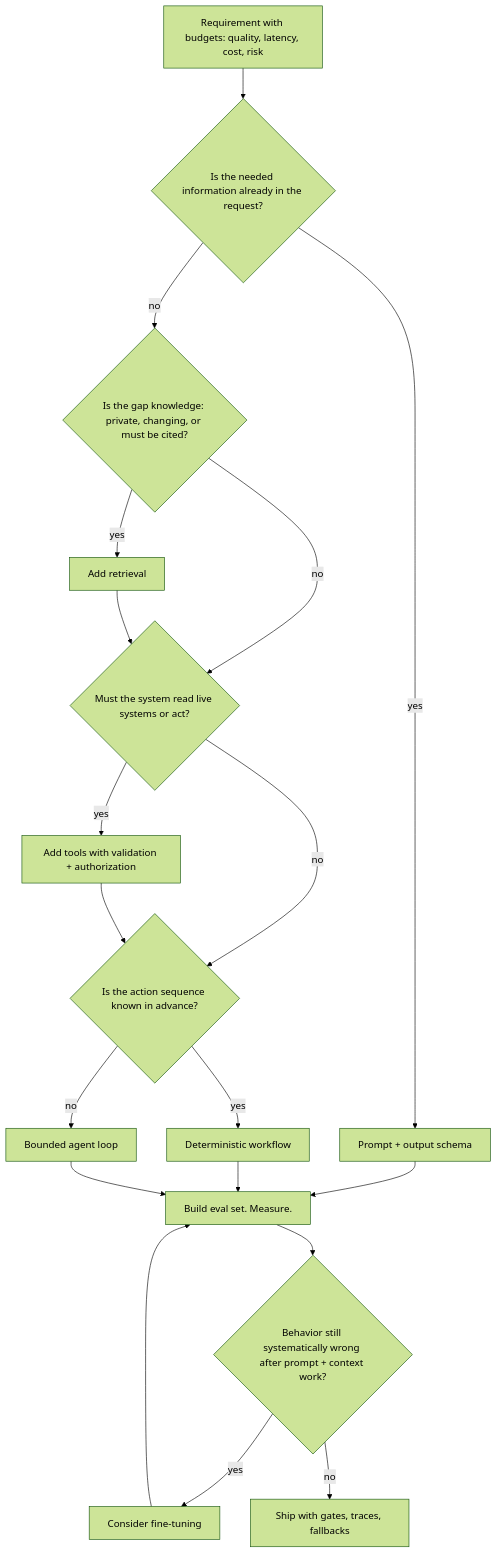
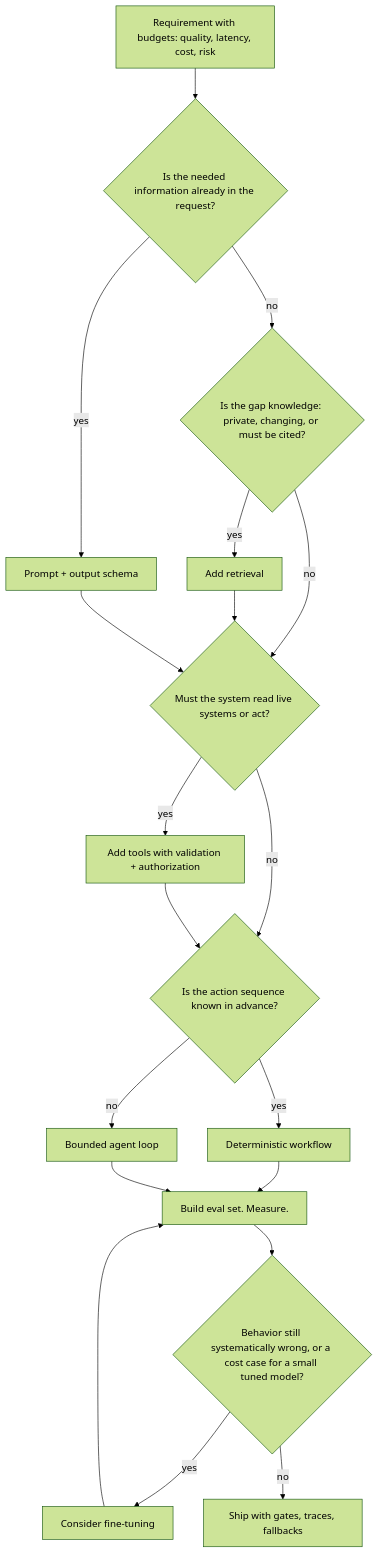
One commit to XayyamSadigov/ai-engineering-book changed the second of 2 diagrams in book/chapters/01-what-ai-engineering-is.md. Above: the diagram before and after it, drawn with Mermaid (forest theme). The commit also changed other lines of this file and 1 other file, not shown here.

First line of the commit message:
Edit Chapter 1 for clarity and teaching flow

````diff
--- a/book/chapters/01-what-ai-engineering-is.md
+++ b/book/chapters/01-what-ai-engineering-is.md
@@ -172,21 +192,21 @@
 ```mermaid
 flowchart TD
     S["Requirement with budgets: quality, latency, cost, risk"] --> Q1{Is the needed information already in the request?}
     Q1 -->|yes| R1[Prompt + output schema]
     Q1 -->|no| Q2{"Is the gap knowledge: private, changing, or must be cited?"}
     Q2 -->|yes| R2[Add retrieval]
     Q2 -->|no| Q3{Must the system read live systems or act?}
     R2 --> Q3
     Q3 -->|yes| R3[Add tools with validation + authorization]
     Q3 -->|no| Q4
     R3 --> Q4{Is the action sequence known in advance?}
     Q4 -->|yes| R4[Deterministic workflow]
     Q4 -->|no| R5[Bounded agent loop]
-    R1 --> EV["Build eval set. Measure."]
-    R4 --> EV
+    R1 --> Q3
+    R4 --> EV["Build eval set. Measure."]
     R5 --> EV
-    EV --> Q5{Behavior still systematically wrong after prompt + context work?}
+    EV --> Q5{"Behavior still systematically wrong, or a cost case for a small tuned model?"}
     Q5 -->|yes| R6[Consider fine-tuning]
     Q5 -->|no| SHIP[Ship with gates, traces, fallbacks]
     R6 --> EV
 ```
````
